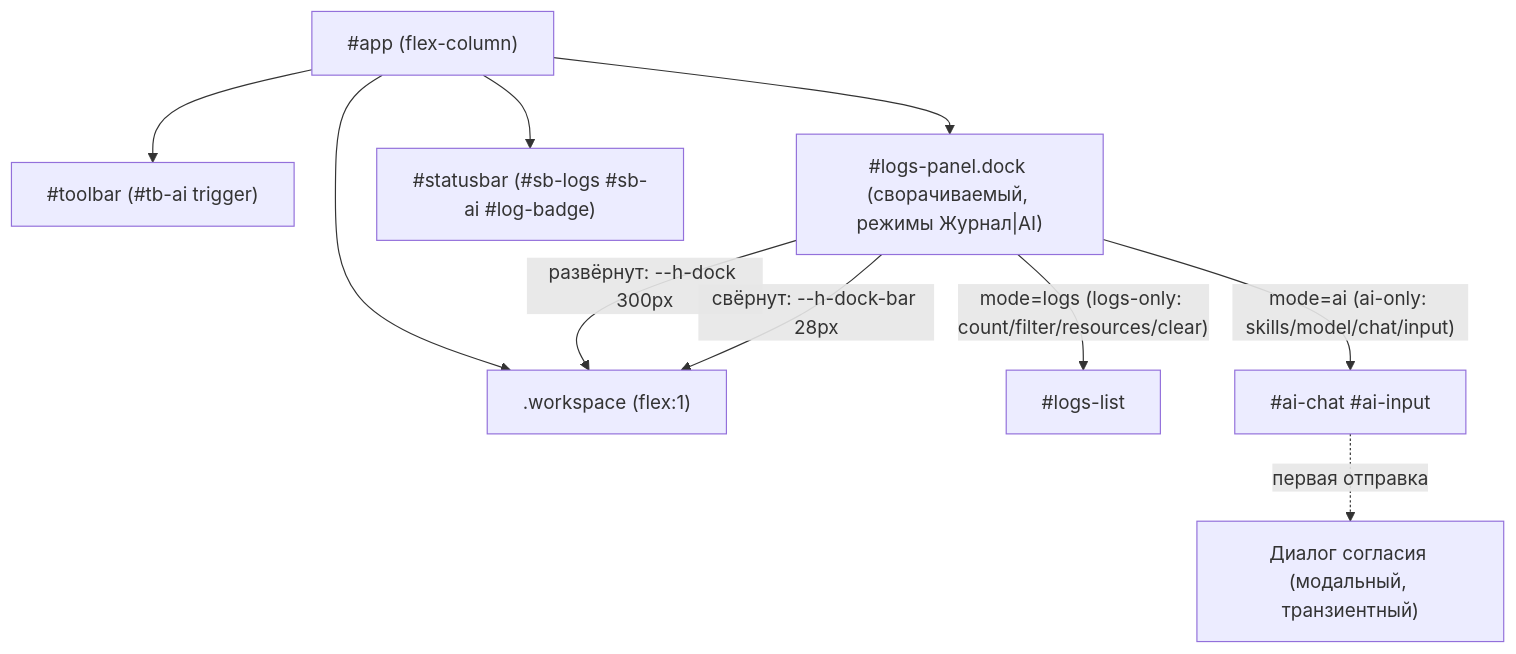
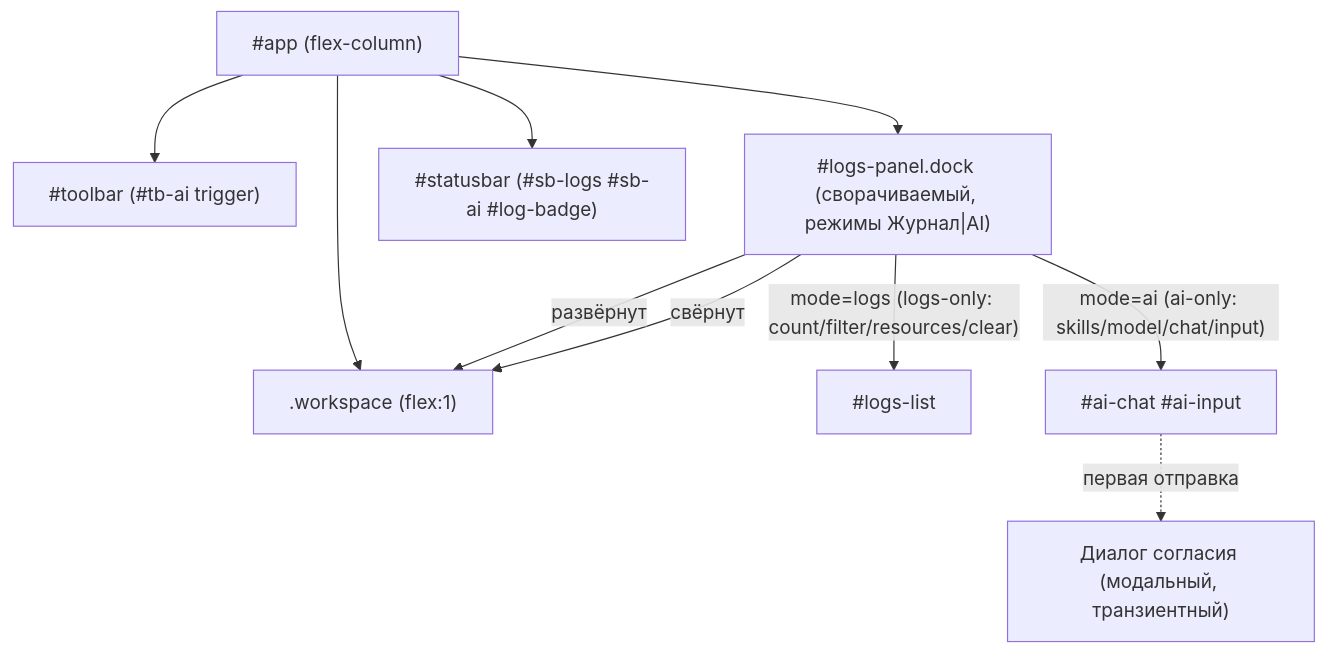
One commit to Demonss11/darmark changed the diagram in docs/adr/0030-bottom-dock-two-modes.md. Above: the diagram before and after it, drawn with Mermaid. The commit also changed other lines of this file and 34 other files, not shown here.

````diff
--- a/docs/adr/0030-bottom-dock-two-modes.md
+++ b/docs/adr/0030-bottom-dock-two-modes.md
@@ -75,21 +59,21 @@
 ```mermaid
 flowchart TD
     App["#app (flex-column)"]
     Toolbar["#toolbar (#tb-ai trigger)"]
     Workspace[".workspace (flex:1)"]
     Dock["#logs-panel.dock (сворачиваемый, режимы Журнал|AI)"]
     Statusbar["#statusbar (#sb-logs #sb-ai #log-badge)"]
 
     App --> Toolbar
     App --> Workspace
     App --> Dock
     App --> Statusbar
 
-    Dock -->|"развёрнут: --h-dock 300px"| Workspace
-    Dock -->|"свёрнут: --h-dock-bar 28px"| Workspace
+    Dock -->|"развёрнут"| Workspace
+    Dock -->|"свёрнут"| Workspace
     Dock -->|"mode=logs (logs-only: count/filter/resources/clear)"| LogsBody["#logs-list"]
     Dock -->|"mode=ai (ai-only: skills/model/chat/input)"| AiBody["#ai-chat #ai-input"]
 
     Consent["Диалог согласия (модальный, транзиентный)"]
     AiBody -.->|первая отправка| Consent
 ```
````
